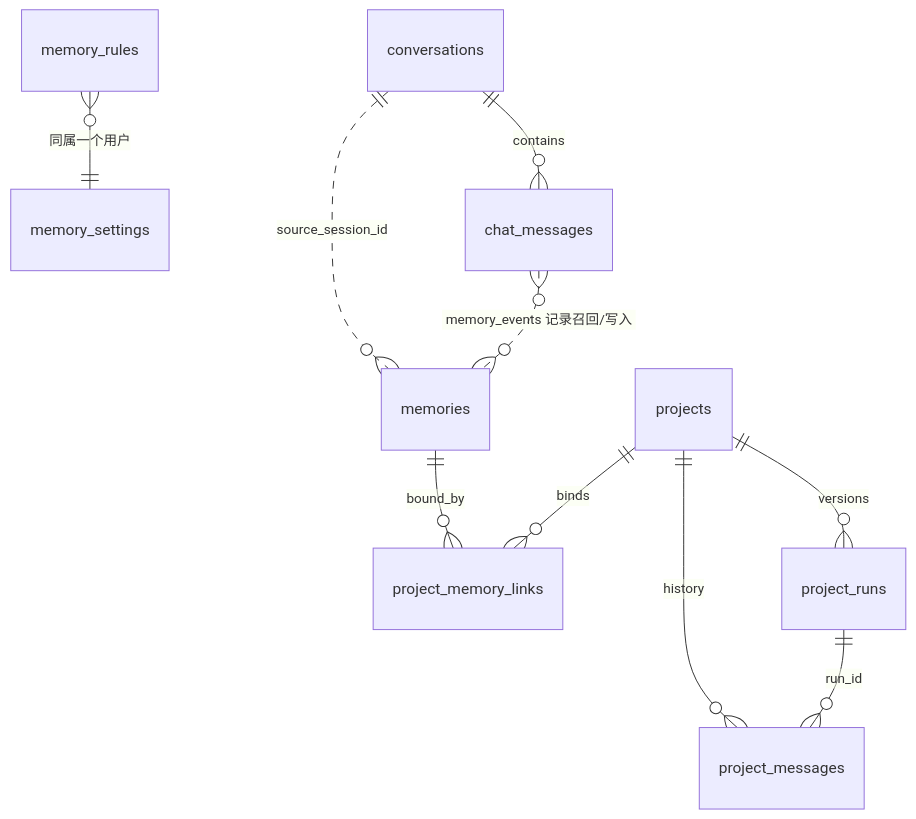
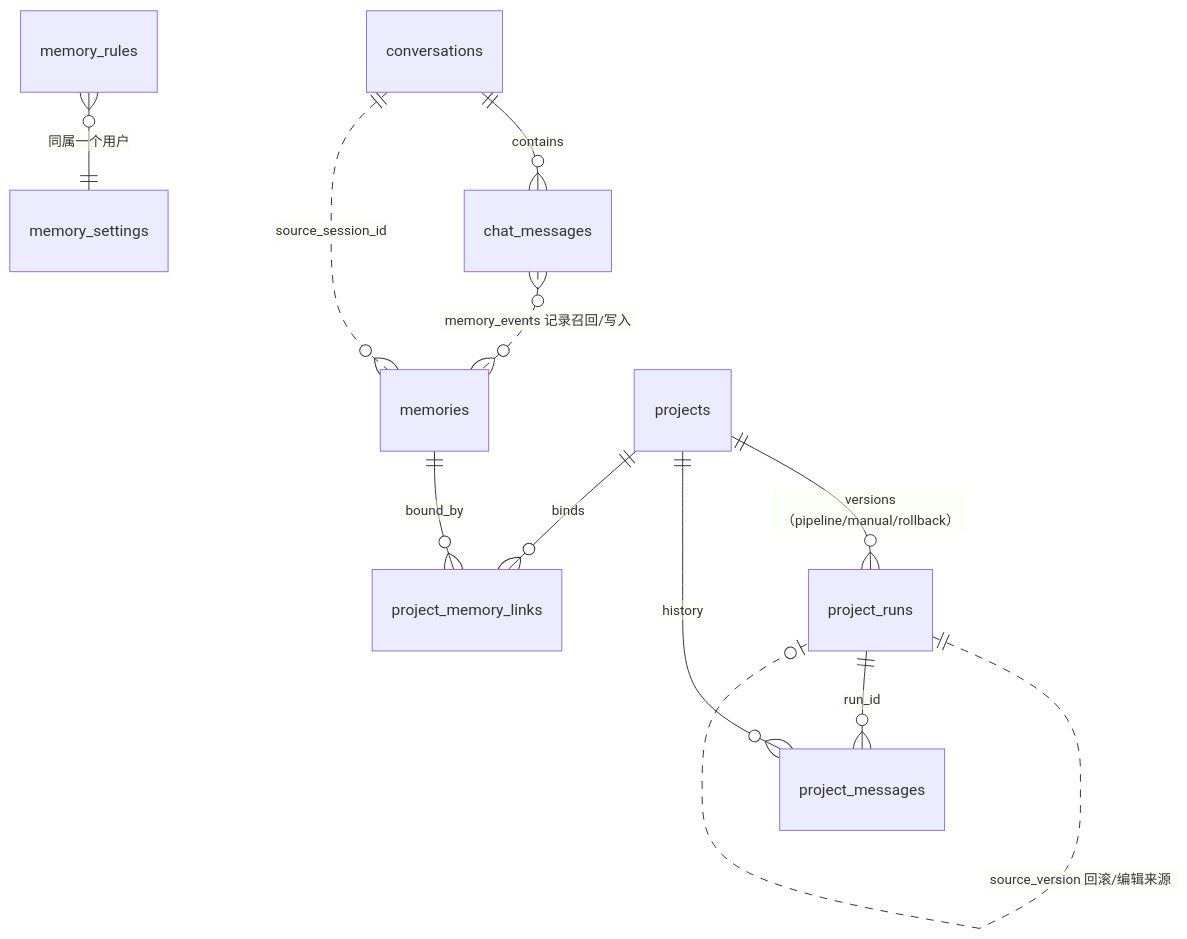
One commit to immoobc/atoms-demo changed diagram 12 of 12 in app/docs/系统功能设计说明.md. Above: the diagram before and after it, drawn with Mermaid. The commit also changed other lines of this file and 20 other files, not shown here.

````diff
--- a/app/docs/系统功能设计说明.md
+++ b/app/docs/系统功能设计说明.md
@@ -394,12 +662,13 @@
 ```mermaid
 erDiagram
   conversations ||--o{ chat_messages : contains
   chat_messages }o..o{ memories : "memory_events 记录召回/写入"
   conversations ||..o{ memories : "source_session_id"
-  projects ||--o{ project_runs : versions
+  projects ||--o{ project_runs : "versions（pipeline/manual/rollback）"
+  project_runs ||..o| project_runs : "source_version 回滚/编辑来源"
   projects ||--o{ project_messages : history
   project_runs ||--o{ project_messages : run_id
   projects ||--o{ project_memory_links : binds
   memories ||--o{ project_memory_links : bound_by
   memory_rules }o--|| memory_settings : "同属一个用户"
 ```
````
